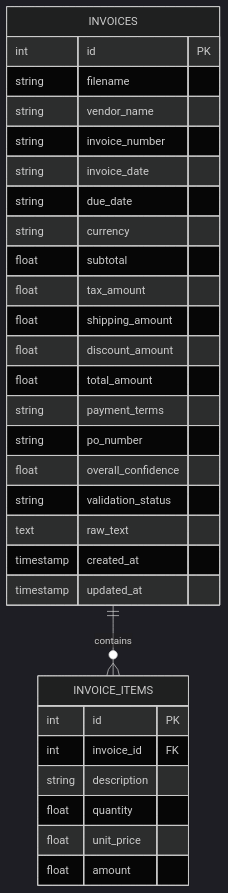
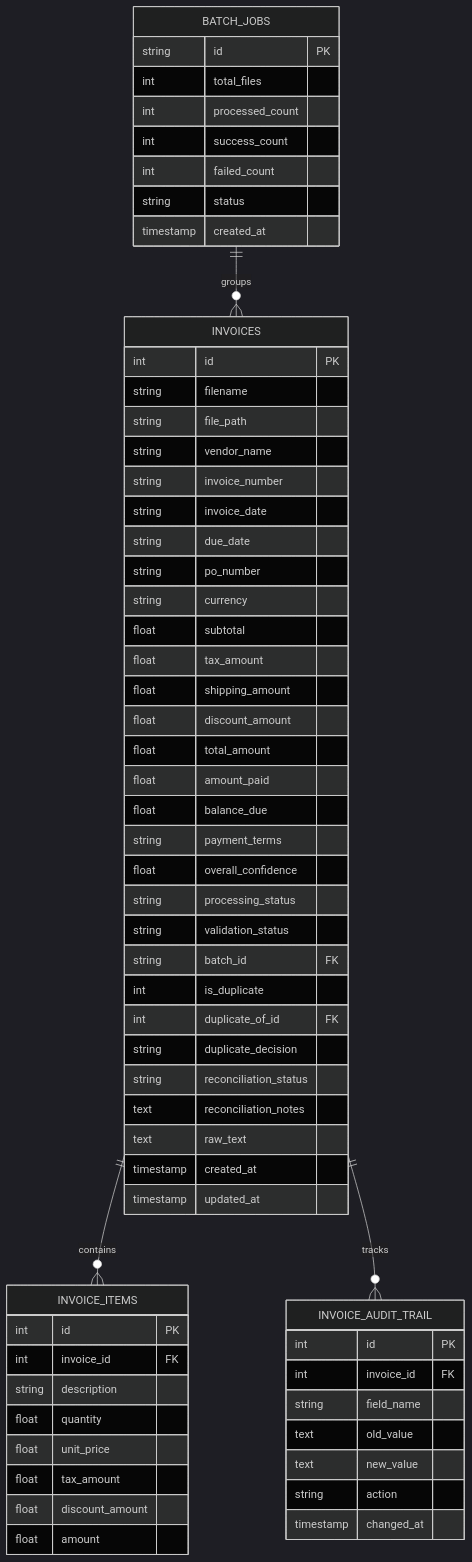
Before and after one commit to raguramrrp/90-days-90-projects-day-06-invoice-ocr-extractor: the second of 2 diagrams in docs/ARCHITECTURE.md, drawn with Mermaid (dark theme). The commit also changed other lines of this file and 22 other files, not shown here.

Commit message:
feat: transform invoice platform with 13 workspaces, batch processor, duplicate detection, and redesigned single-tier UI

````diff
--- a/docs/ARCHITECTURE.md
+++ b/docs/ARCHITECTURE.md
@@ -73,33 +80,69 @@
 ```mermaid
 erDiagram
+    BATCH_JOBS ||--o{ INVOICES : groups
     INVOICES ||--o{ INVOICE_ITEMS : contains
+    INVOICES ||--o{ INVOICE_AUDIT_TRAIL : tracks
+
+    BATCH_JOBS {
+        string id PK
+        int total_files
+        int processed_count
+        int success_count
+        int failed_count
+        string status
+        timestamp created_at
+    }
+
     INVOICES {
         int id PK
         string filename
+        string file_path
         string vendor_name
         string invoice_number
         string invoice_date
         string due_date
+        string po_number
         string currency
         float subtotal
         float tax_amount
         float shipping_amount
         float discount_amount
         float total_amount
+        float amount_paid
+        float balance_due
         string payment_terms
-        string po_number
         float overall_confidence
+        string processing_status
         string validation_status
+        string batch_id FK
+        int is_duplicate
+        int duplicate_of_id FK
+        string duplicate_decision
+        string reconciliation_status
+        text reconciliation_notes
         text raw_text
         timestamp created_at
         timestamp updated_at
     }
+
     INVOICE_ITEMS {
         int id PK
         int invoice_id FK
         string description
         float quantity
         float unit_price
+        float tax_amount
+        float discount_amount
         float amount
     }
+
+    INVOICE_AUDIT_TRAIL {
+        int id PK
+        int invoice_id FK
+        string field_name
+        text old_value
+        text new_value
+        string action
+        timestamp changed_at
+    }
 ```
````
